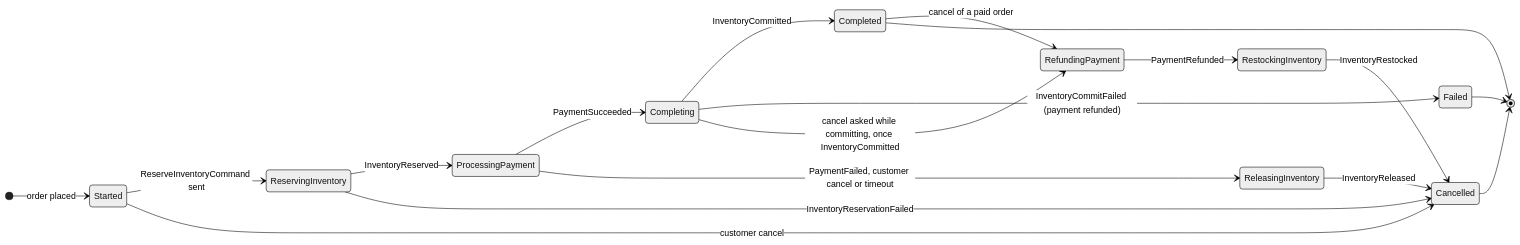
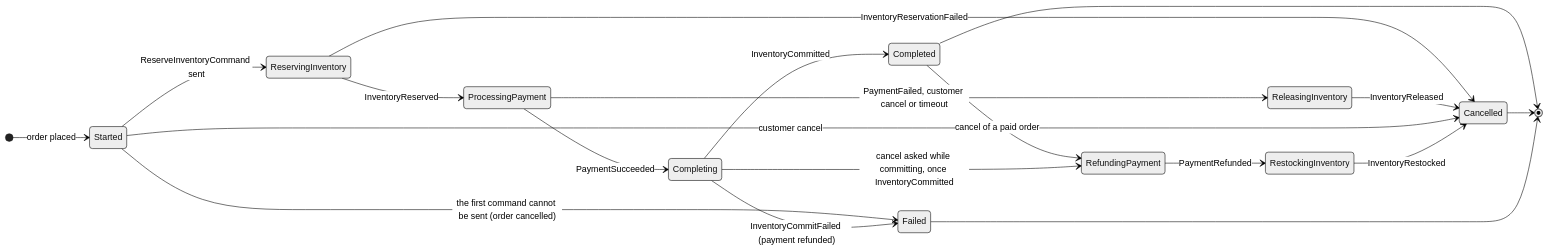
One commit to AmirGHTo/ShopEasy changed the third of 3 diagrams in README.md. Above: the diagram before and after it, drawn with Mermaid (neutral theme). The commit also changed other lines of this file and 3 other files, not shown here.

````diff
--- a/README.md
+++ b/README.md
@@ -168,24 +168,25 @@
 ```mermaid
 stateDiagram-v2
     direction LR
     [*] --> Started: order placed
     Started --> ReservingInventory: ReserveInventoryCommand sent
     ReservingInventory --> ProcessingPayment: InventoryReserved
     ProcessingPayment --> Completing: PaymentSucceeded
     Completing --> Completed: InventoryCommitted
 
     ReservingInventory --> Cancelled: InventoryReservationFailed
     ProcessingPayment --> ReleasingInventory: PaymentFailed, customer cancel or timeout
     ReleasingInventory --> Cancelled: InventoryReleased
     Started --> Cancelled: customer cancel
+    Started --> Failed: the first command cannot be sent (order cancelled)
     Completing --> Failed: InventoryCommitFailed (payment refunded)
 
     Completed --> RefundingPayment: cancel of a paid order
     Completing --> RefundingPayment: cancel asked while committing, once InventoryCommitted
     RefundingPayment --> RestockingInventory: PaymentRefunded
     RestockingInventory --> Cancelled: InventoryRestocked
 
     Completed --> [*]
     Cancelled --> [*]
     Failed --> [*]
 ```
````
